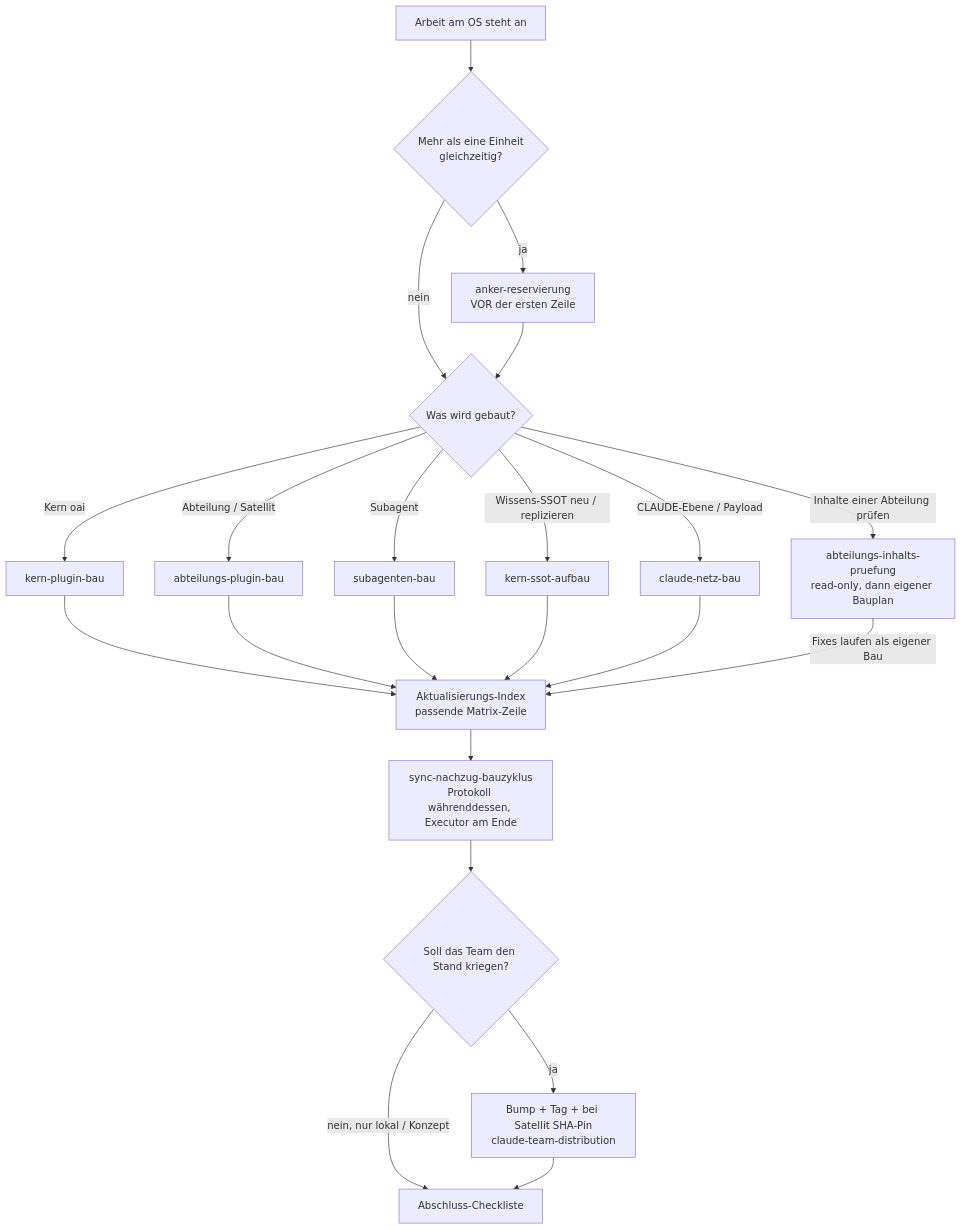
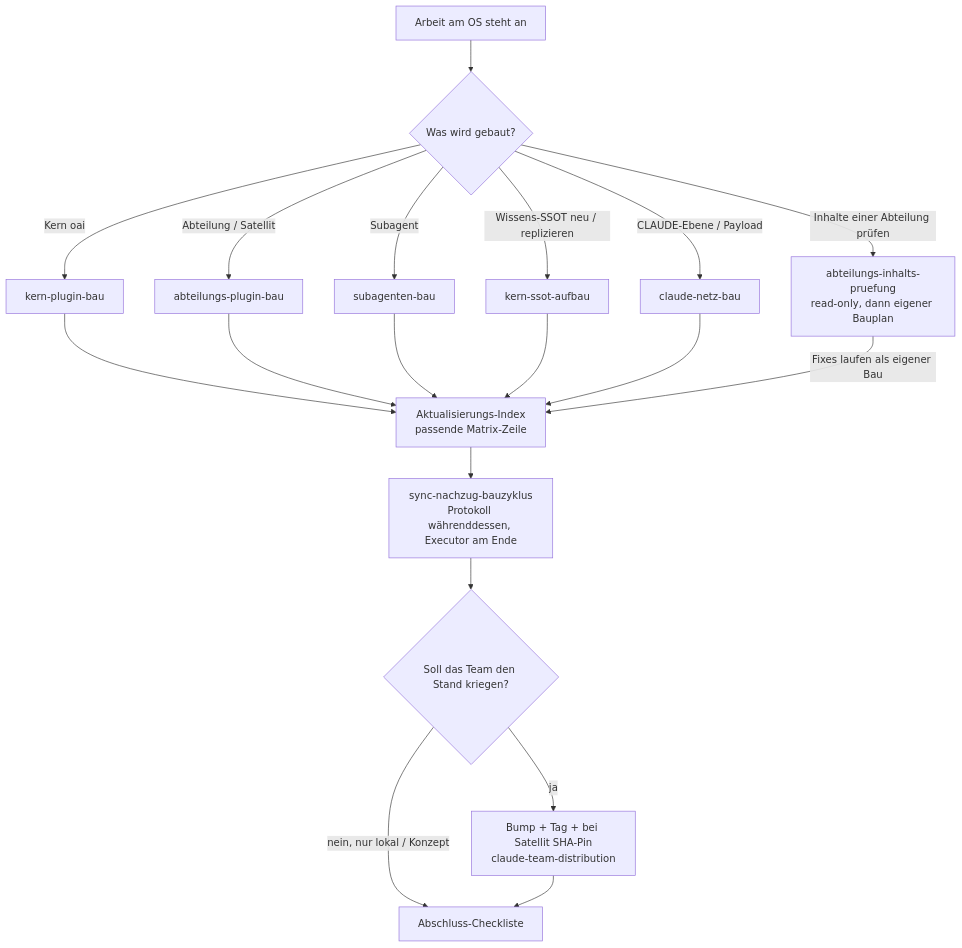
One commit to NovaCore-AI/NovaCoreAI-OS changed the second of 5 diagrams in knowledge-base/firmenkernprozesse/prozesskarten/00-FAMILIE-UND-VERDRAHTUNG.md. Above: the diagram before and after it, drawn with Mermaid. The commit also changed other lines of this file and 16 other files, not shown here.

First line of the commit message:
fix(phase-j-d): Anker-Reservierung ersatzlos aufgehoben (D31, D1+D3)

````diff
--- a/knowledge-base/firmenkernprozesse/prozesskarten/00-FAMILIE-UND-VERDRAHTUNG.md
+++ b/knowledge-base/firmenkernprozesse/prozesskarten/00-FAMILIE-UND-VERDRAHTUNG.md
@@ -77,27 +69,24 @@
 ```mermaid
 flowchart TD
-    Start["Arbeit am OS steht an"] --> Q1{"Mehr als eine Einheit<br/>gleichzeitig?"}
-    Q1 -->|ja| AR2["anker-reservierung<br/>VOR der ersten Zeile"]
-    Q1 -->|nein| Q2
-    AR2 --> Q2{"Was wird gebaut?"}
+    Start["Arbeit am OS steht an"] --> Q2{"Was wird gebaut?"}
 
     Q2 -->|"Kern oai"| KPB2["kern-plugin-bau"]
     Q2 -->|"Abteilung / Satellit"| APB2["abteilungs-plugin-bau"]
     Q2 -->|"Subagent"| SAB2["subagenten-bau"]
     Q2 -->|"Wissens-SSOT neu / replizieren"| KSS2["kern-ssot-aufbau"]
     Q2 -->|"CLAUDE-Ebene / Payload"| CNB2["claude-netz-bau"]
     Q2 -->|"Inhalte einer Abteilung prüfen"| AIP2["abteilungs-inhalts-pruefung<br/>read-only, dann eigener Bauplan"]
 
     KPB2 --> AI2["Aktualisierungs-Index<br/>passende Matrix-Zeile"]
     APB2 --> AI2
     SAB2 --> AI2
     KSS2 --> AI2
     CNB2 --> AI2
     AIP2 -->|"Fixes laufen als eigener Bau"| AI2
 
     AI2 --> SN2["sync-nachzug-bauzyklus<br/>Protokoll währenddessen, Executor am Ende"]
     SN2 --> Q3{"Soll das Team den Stand kriegen?"}
     Q3 -->|ja| CTD2["Bump + Tag + bei Satellit SHA-Pin<br/>claude-team-distribution"]
     Q3 -->|nein, nur lokal / Konzept| Ende["Abschluss-Checkliste"]
     CTD2 --> Ende
 ```
````
